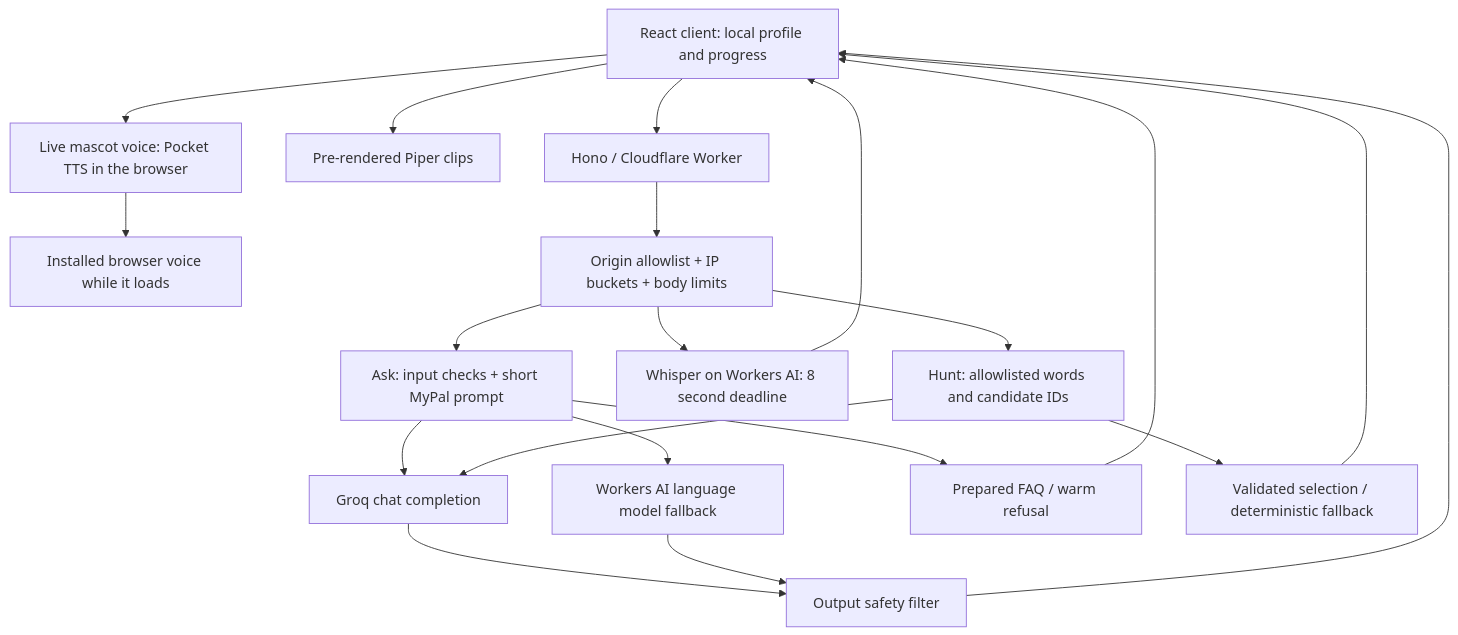
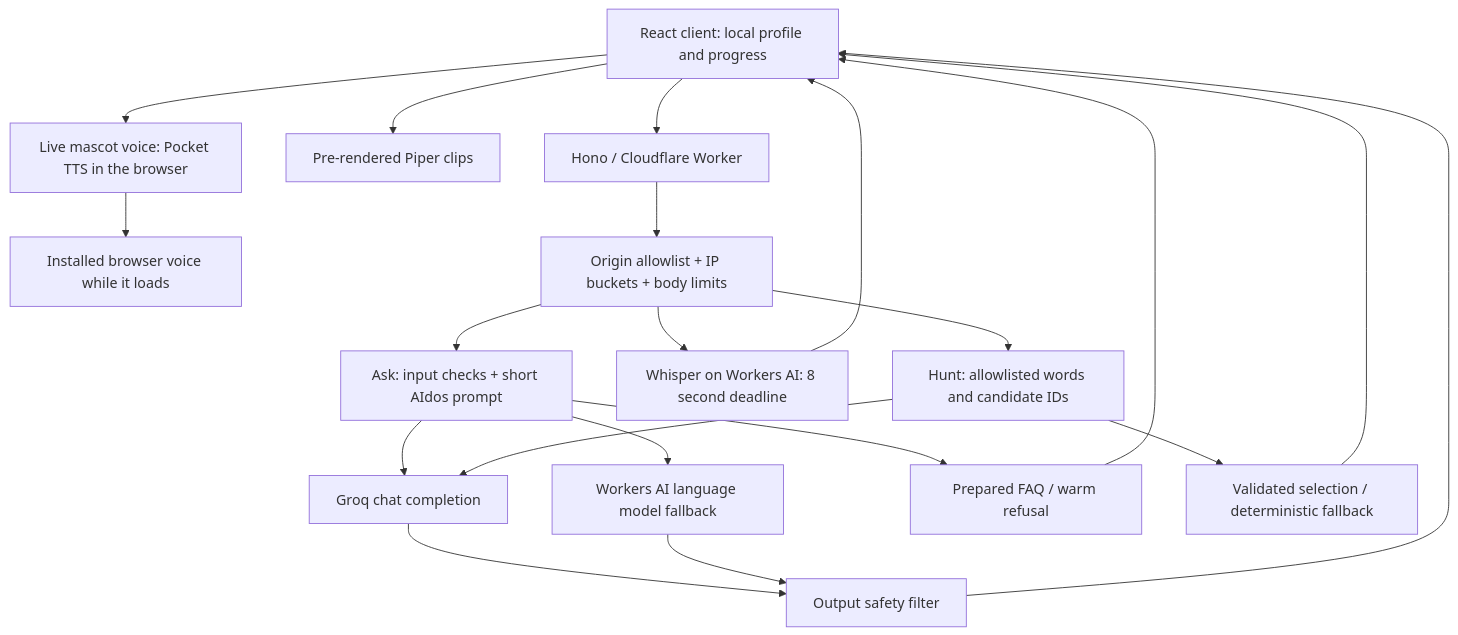
Before and after one commit to Tarlan2006/westcoded-business-cup: the diagram in docs/ARCHITECTURE.md, drawn with Mermaid. The commit also changed 117 other files, not shown here.

````diff
--- a/docs/ARCHITECTURE.md
+++ b/docs/ARCHITECTURE.md
@@ -3,22 +3,22 @@
 ```mermaid
 flowchart TD
  Client[React client: local profile and progress] --> Worker[Hono / Cloudflare Worker]
  Client --> Clips[Pre-rendered Piper clips]
  Client --> Host[Live mascot voice: Pocket TTS in the browser]
  Host --> Speech[Installed browser voice while it loads]
  Worker --> Guard[Origin allowlist + IP buckets + body limits]
- Guard --> Ask[Ask: input checks + short MyPal prompt]
+ Guard --> Ask[Ask: input checks + short AIdos prompt]
  Ask --> Groq[Groq chat completion]
  Ask --> AI[Workers AI language model fallback]
  Groq --> Filter[Output safety filter]
  AI --> Filter
  Filter --> Client
  Ask --> FAQ[Prepared FAQ / warm refusal]
  FAQ --> Client
  Guard --> STT[Whisper on Workers AI: 8 second deadline]
  STT --> Client
  Guard --> Hunt[Hunt: allowlisted words and candidate IDs]
  Hunt --> Groq
  Hunt --> Local[Validated selection / deterministic fallback]
  Local --> Client
 ```
````
